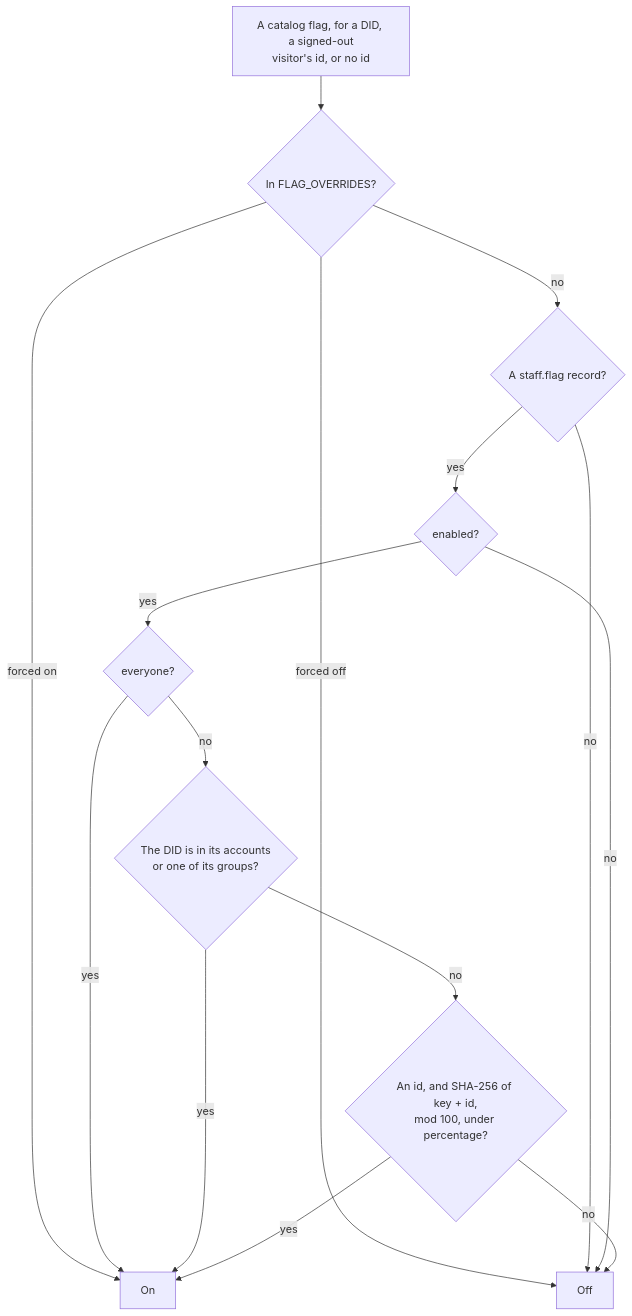
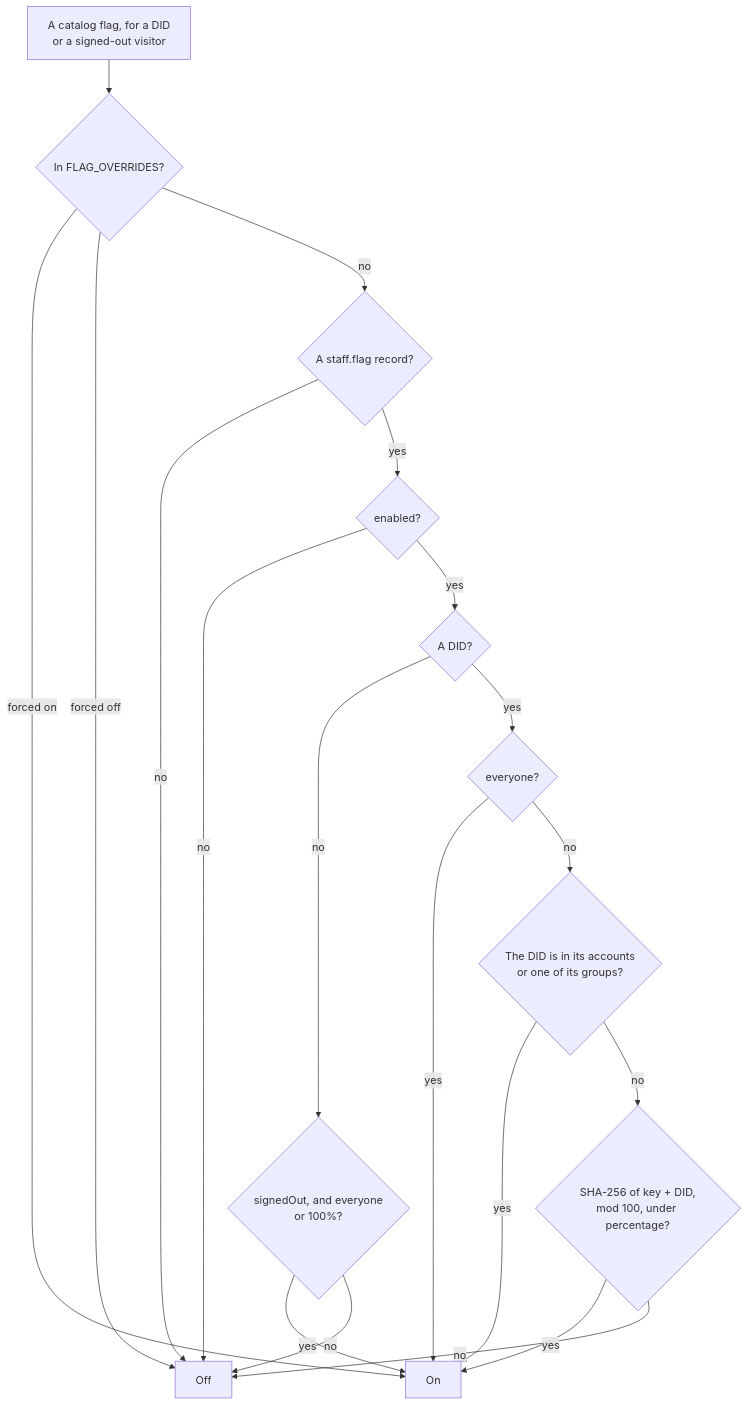
One commit to cutenode/localnetwork changed the first of 5 diagrams in apps/web/docs/diagrams/flags.md. Above: the diagram before and after it, drawn with Mermaid. The commit also changed other lines of this file and 44 other files, not shown here.

First line of the commit message:
feat(web): turn a flag on for signed-out visitors last, as its own setting

````diff
--- a/apps/web/docs/diagrams/flags.md
+++ b/apps/web/docs/diagrams/flags.md
@@ -15,17 +15,21 @@
 ```mermaid
 flowchart TD
-  Ask["A catalog flag, for a DID, a signed-out<br/>visitor's id, or no id"] --> Forced{"In FLAG_OVERRIDES?"}
+  Ask["A catalog flag, for a DID<br/>or a signed-out visitor"] --> Forced{"In FLAG_OVERRIDES?"}
   Forced -- "forced on" --> On["On"]
   Forced -- "forced off" --> Off["Off"]
   Forced -- "no" --> Record{"A staff.flag record?"}
   Record -- "no" --> Off
   Record -- "yes" --> Enabled{"enabled?"}
   Enabled -- "no" --> Off
-  Enabled -- "yes" --> Everyone{"everyone?"}
+  Enabled -- "yes" --> Caller{"A DID?"}
+  Caller -- "no" --> SignedOut{"signedOut, and everyone<br/>or 100%?"}
+  SignedOut -- "yes" --> On
+  SignedOut -- "no" --> Off
+  Caller -- "yes" --> Everyone{"everyone?"}
   Everyone -- "yes" --> On
   Everyone -- "no" --> Targeted{"The DID is in its accounts<br/>or one of its groups?"}
   Targeted -- "yes" --> On
-  Targeted -- "no" --> Bucket{"An id, and SHA-256 of key + id,<br/>mod 100, under percentage?"}
+  Targeted -- "no" --> Bucket{"SHA-256 of key + DID,<br/>mod 100, under percentage?"}
   Bucket -- "yes" --> On
   Bucket -- "no" --> Off
 ```
````
